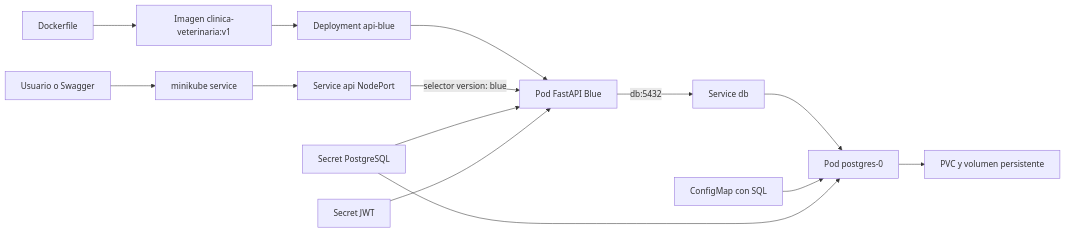
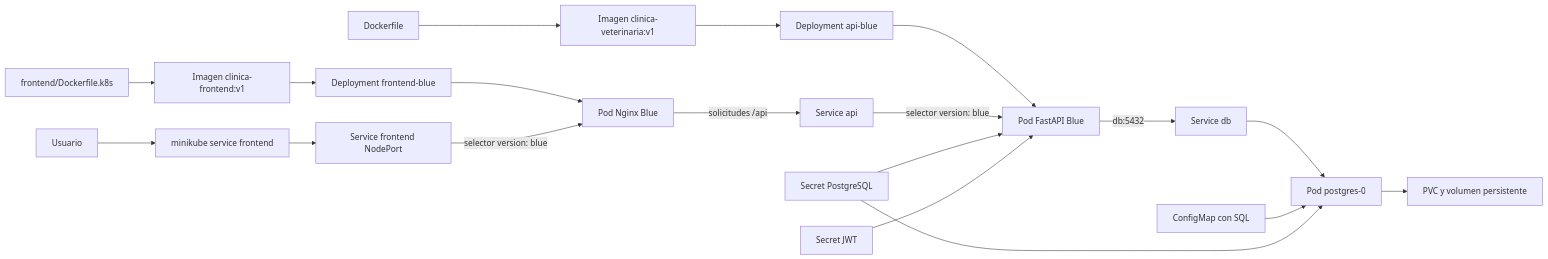
Before and after one commit to ConstanzaBlanco/Clinica_Veterinaria_DevOps: the diagram in ARQUITECTURA_E_INFRAESTRUCTURA.md, drawn with Mermaid. The commit also changed other lines of this file and 6 other files, not shown here.

````diff
--- a/ARQUITECTURA_E_INFRAESTRUCTURA.md
+++ b/ARQUITECTURA_E_INFRAESTRUCTURA.md
@@ -466,20 +538,26 @@
 ```mermaid
 flowchart LR
-    D[Dockerfile] --> I[Imagen clinica-veterinaria:v1]
-    I --> AB[Deployment api-blue]
+    DAPI[Dockerfile] --> IAPI[Imagen clinica-veterinaria:v1]
+    IAPI --> AB[Deployment api-blue]
     AB --> PAPI[Pod FastAPI Blue]
 
-    U[Usuario o Swagger] --> MS[minikube service]
-    MS --> SAPI[Service api NodePort]
+    DF[frontend/Dockerfile.k8s] --> IF[Imagen clinica-frontend:v1]
+    IF --> FB[Deployment frontend-blue]
+    FB --> PF[Pod Nginx Blue]
+
+    U[Usuario] --> MSF[minikube service frontend]
+    MSF --> SF[Service frontend NodePort]
+    SF -->|selector version: blue| PF
+    PF -->|solicitudes /api| SAPI[Service api]
     SAPI -->|selector version: blue| PAPI
 
     SP[Secret PostgreSQL] --> PAPI
     SJ[Secret JWT] --> PAPI
 
     PAPI -->|db:5432| SDB[Service db]
     SDB --> PDB[Pod postgres-0]
 
     CM[ConfigMap con SQL] --> PDB
     SP --> PDB
     PDB --> PVC[PVC y volumen persistente]
 ```
````
